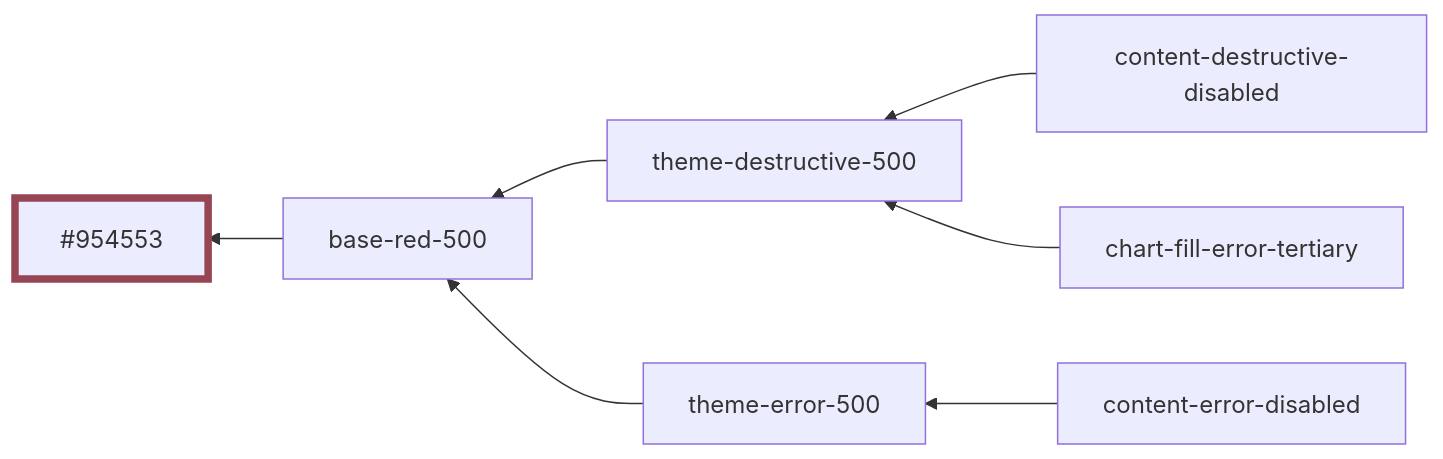
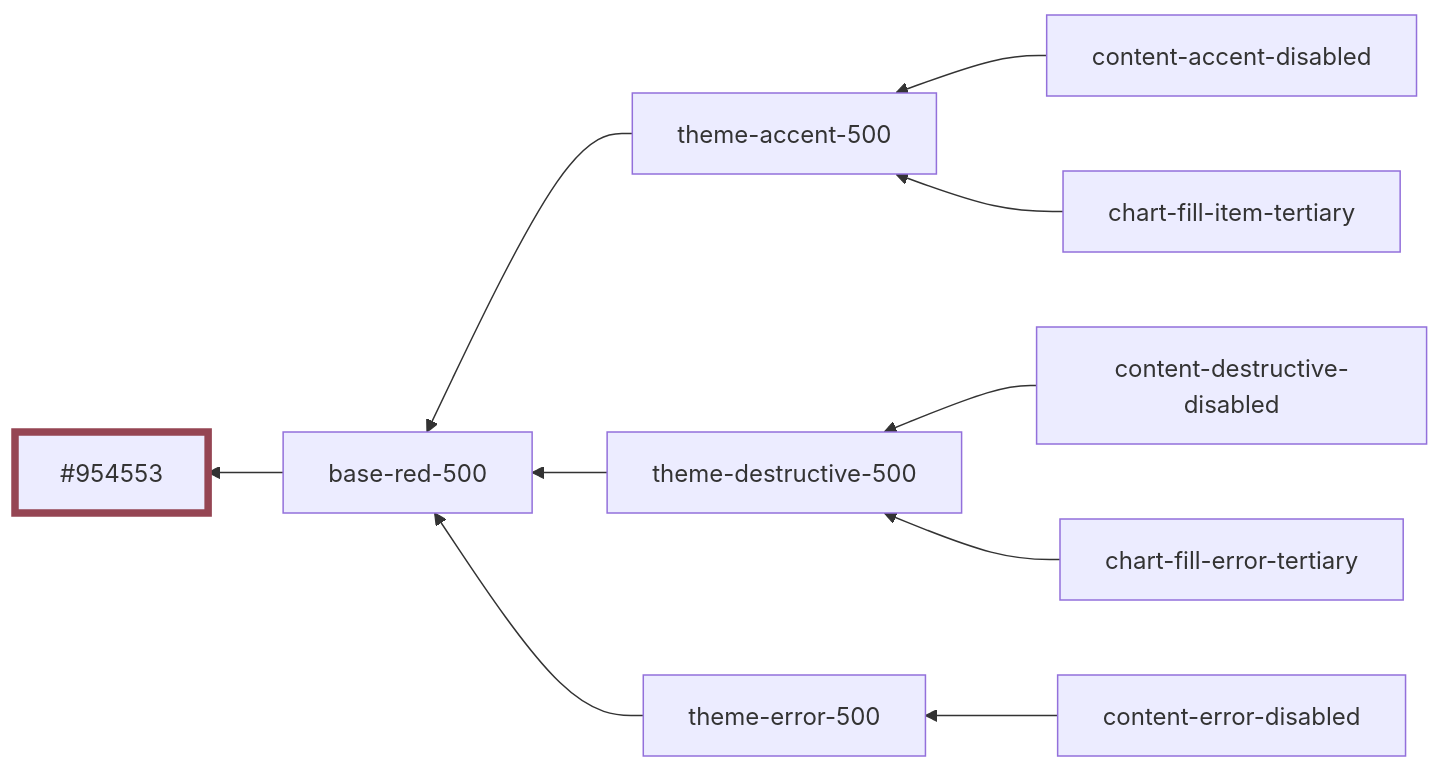
Before and after one commit to oxidecomputer/design-system: diagram 21 of 51 in styles/dist/red.md, drawn with Mermaid. The commit also changed other lines of this file and 2 other files, not shown here.

Commit message:
Fix red theme

````diff
--- a/styles/dist/red.md
+++ b/styles/dist/red.md
@@ -267,11 +251,14 @@
 ```mermaid
 graph RL
   base-red-500 --> #954553:::base-red-500
+  content-accent-disabled --> theme-accent-500
   content-destructive-disabled --> theme-destructive-500
   content-error-disabled --> theme-error-500
+  chart-fill-item-tertiary --> theme-accent-500
   chart-fill-error-tertiary --> theme-destructive-500
+  theme-accent-500 --> base-red-500
   theme-destructive-500 --> base-red-500
   theme-error-500 --> base-red-500
 
 	classDef base-red-500 stroke-width:5,stroke:#954553
 ```
````
